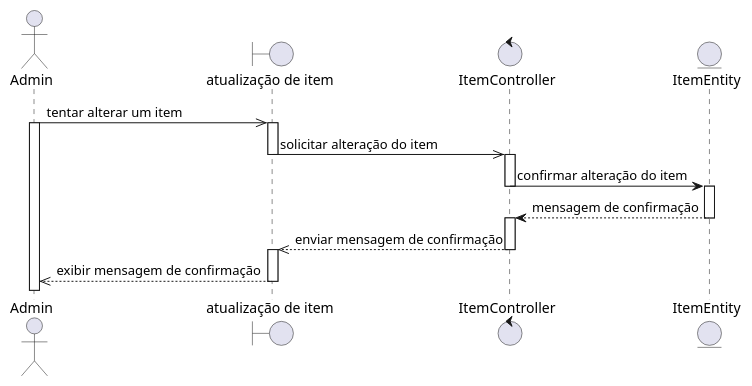
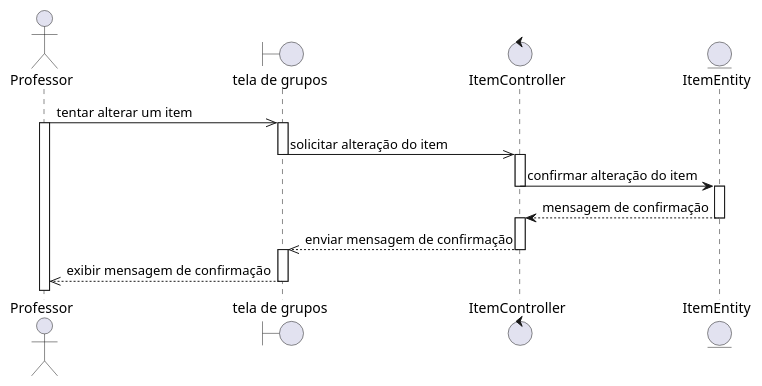
The diagram in design/sequence_code/admin/item.update.seq.wsd (rodrigoRolim/AC-backend), drawn with PlantUML before and after one commit. The commit also changed 61 other files, not shown here.

Commit message:
change requeriments and diagrams

```diff
--- a/design/sequence_code/admin/item.update.seq.wsd
+++ b/design/sequence_code/admin/item.update.seq.wsd
@@ -1,25 +1,25 @@
 @startuml
-actor Admin
+actor Professor
 
-boundary "atualização de item" as grupo
+boundary "tela de grupos" as grupo
 control ItemController
 entity ItemEntity
 
-Admin ->> grupo: tentar alterar um item
-activate Admin
+Professor ->> grupo: tentar alterar um item
+activate Professor
 activate grupo
 grupo ->> ItemController: solicitar alteração do item
 deactivate grupo
 activate ItemController
 ItemController -> ItemEntity: confirmar alteração do item
 deactivate ItemController
 activate ItemEntity
 ItemEntity --> ItemController: mensagem de confirmação
 deactivate ItemEntity
 activate ItemController
 ItemController -->> grupo: enviar mensagem de confirmação
 deactivate ItemController
 activate grupo
-grupo -->> Admin: exibir mensagem de confirmação
+grupo -->> Professor: exibir mensagem de confirmação
 deactivate grupo
 @enduml
```
